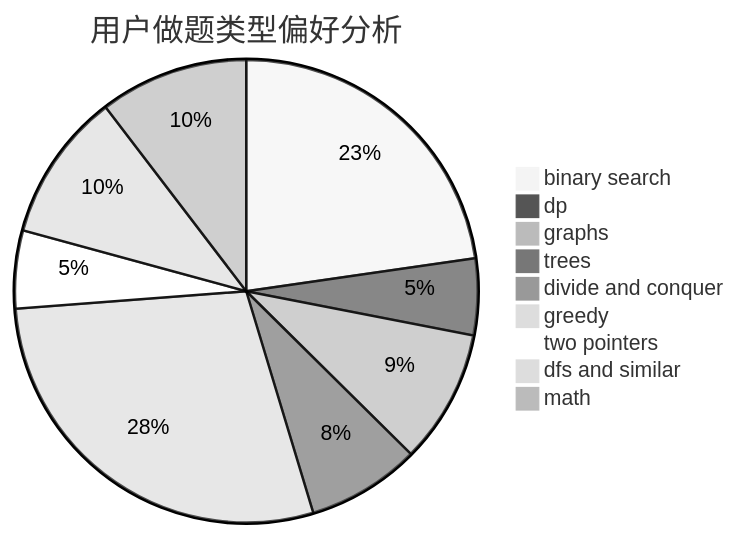
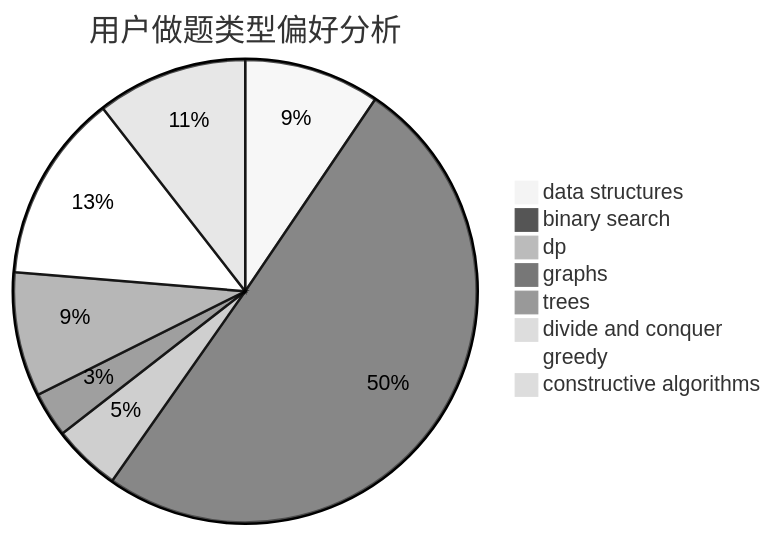
One commit to sherpahu/cfrs.github.io changed the second of 3 diagrams in docs/user/u2556.md. Above: the diagram before and after it, drawn with Mermaid (neutral theme). The commit also changed other lines of this file and 2775 other files, not shown here.

````diff
--- a/docs/user/u2556.md
+++ b/docs/user/u2556.md
@@ -23,12 +23,11 @@
 ```mermaid
 pie title 用户做题类型偏好分析
-    "binary search" :  221
-    "dp" :  52
-    "graphs" :  91
-    "trees" :  77
+    "data structures" :  36
+    "binary search" :  191
+    "dp" :  18
+    "graphs" :  12
+    "trees" :  33
     "divide and conquer" :  0
-    "greedy" :  277
-    "two pointers" :  53
-    "dfs and similar" :  101
-    "math" :  101
+    "greedy" :  50
+    "constructive algorithms" :  40
 ```
````
